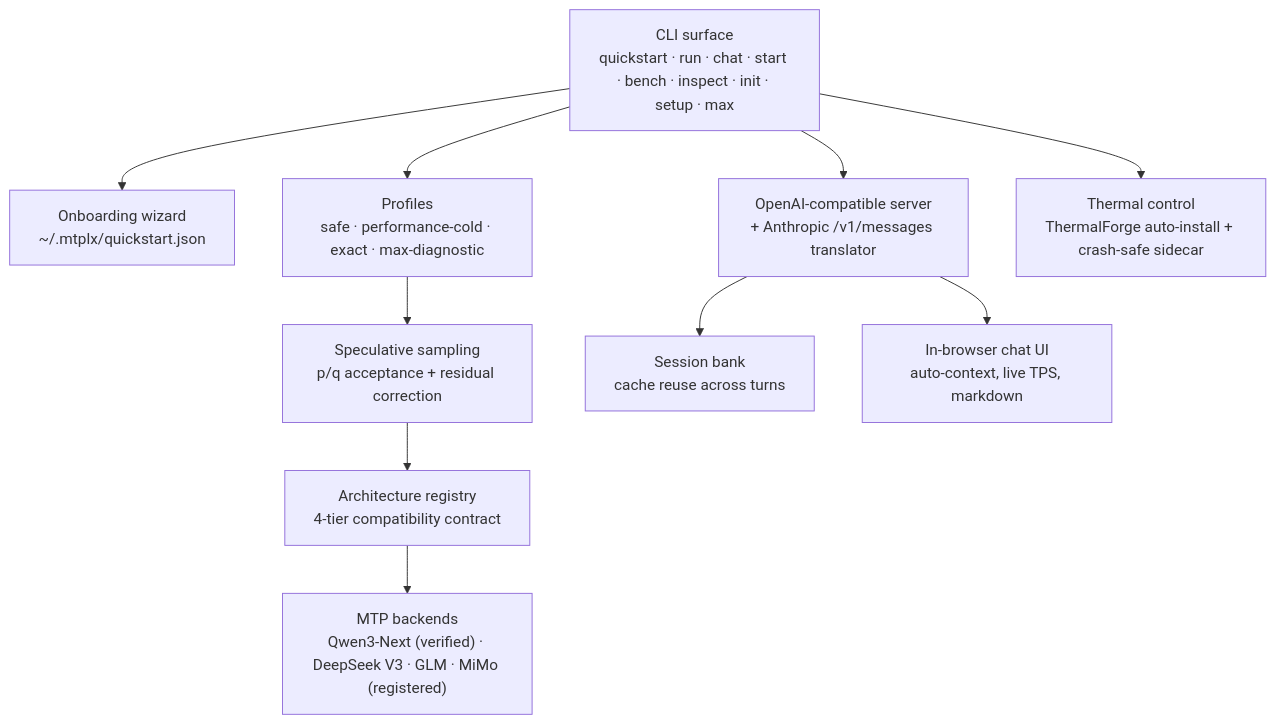
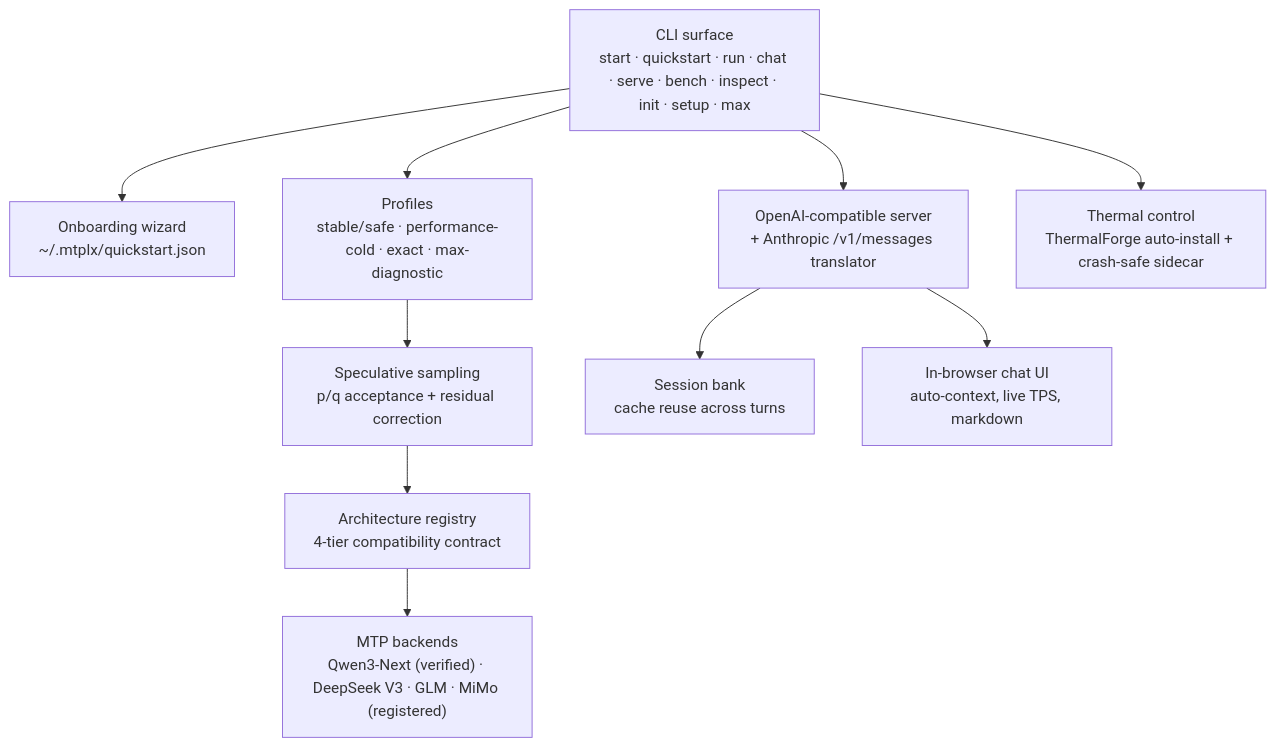
Before and after one commit to Manojbhat09/MTPLX: the second of 2 diagrams in README.md, drawn with Mermaid. The commit also changed other lines of this file and 18 other files, not shown here.

First line of the commit message:
Harden start flow and model runtime metadata

````diff
--- a/README.md
+++ b/README.md
@@ -211,23 +211,23 @@
 ```mermaid
 flowchart TB
-    cli["CLI surface<br/>quickstart · run · chat · start · bench · inspect · init · setup · max"]
+    cli["CLI surface<br/>start · quickstart · run · chat · serve · bench · inspect · init · setup · max"]
     onboarding["Onboarding wizard<br/>~/.mtplx/quickstart.json"]
-    profiles["Profiles<br/>safe · performance-cold · exact · max-diagnostic"]
+    profiles["Profiles<br/>stable/safe · performance-cold · exact · max-diagnostic"]
     speculative["Speculative sampling<br/>p/q acceptance + residual correction"]
     registry["Architecture registry<br/>4-tier compatibility contract"]
     backends["MTP backends<br/>Qwen3-Next (verified) · DeepSeek V3 · GLM · MiMo (registered)"]
     servers["OpenAI-compatible server<br/>+ Anthropic /v1/messages translator"]
     sessions["Session bank<br/>cache reuse across turns"]
     webui["In-browser chat UI<br/>auto-context, live TPS, markdown"]
     thermal["Thermal control<br/>ThermalForge auto-install + crash-safe sidecar"]
 
     cli --> onboarding
     cli --> profiles
     profiles --> speculative
     speculative --> registry
     registry --> backends
     cli --> servers
     servers --> sessions
     servers --> webui
     cli --> thermal
 ```
````
